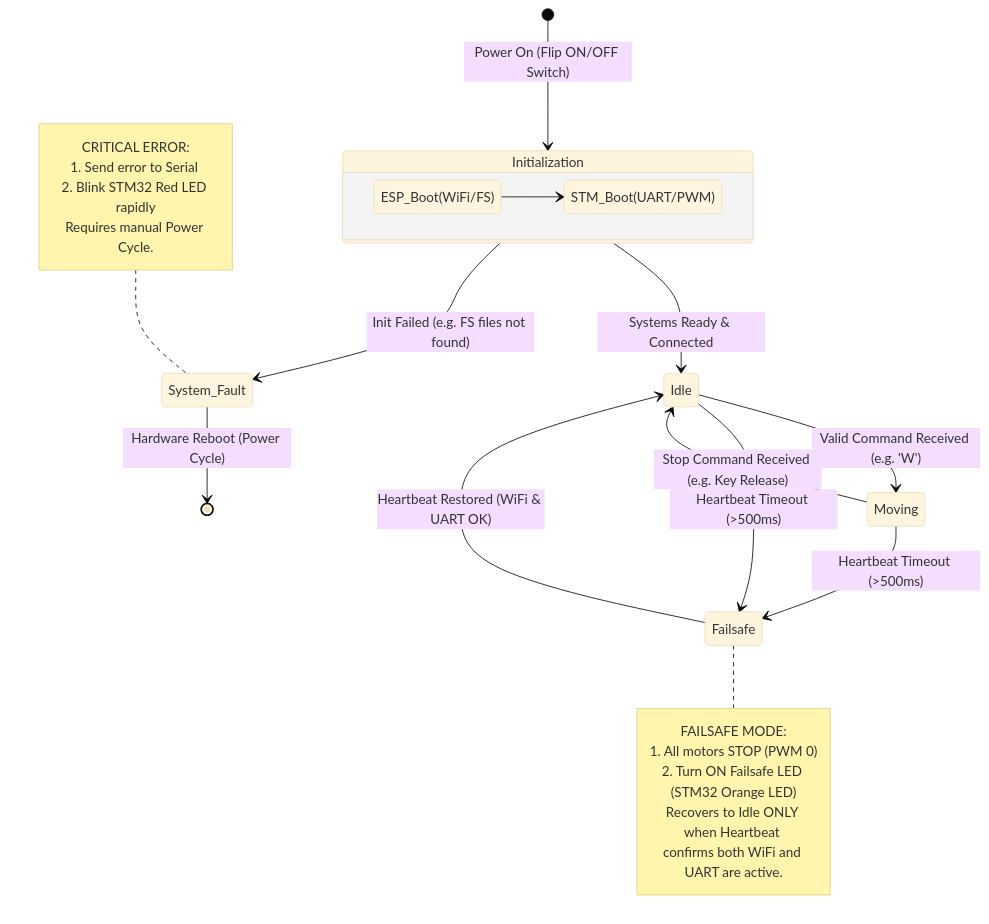
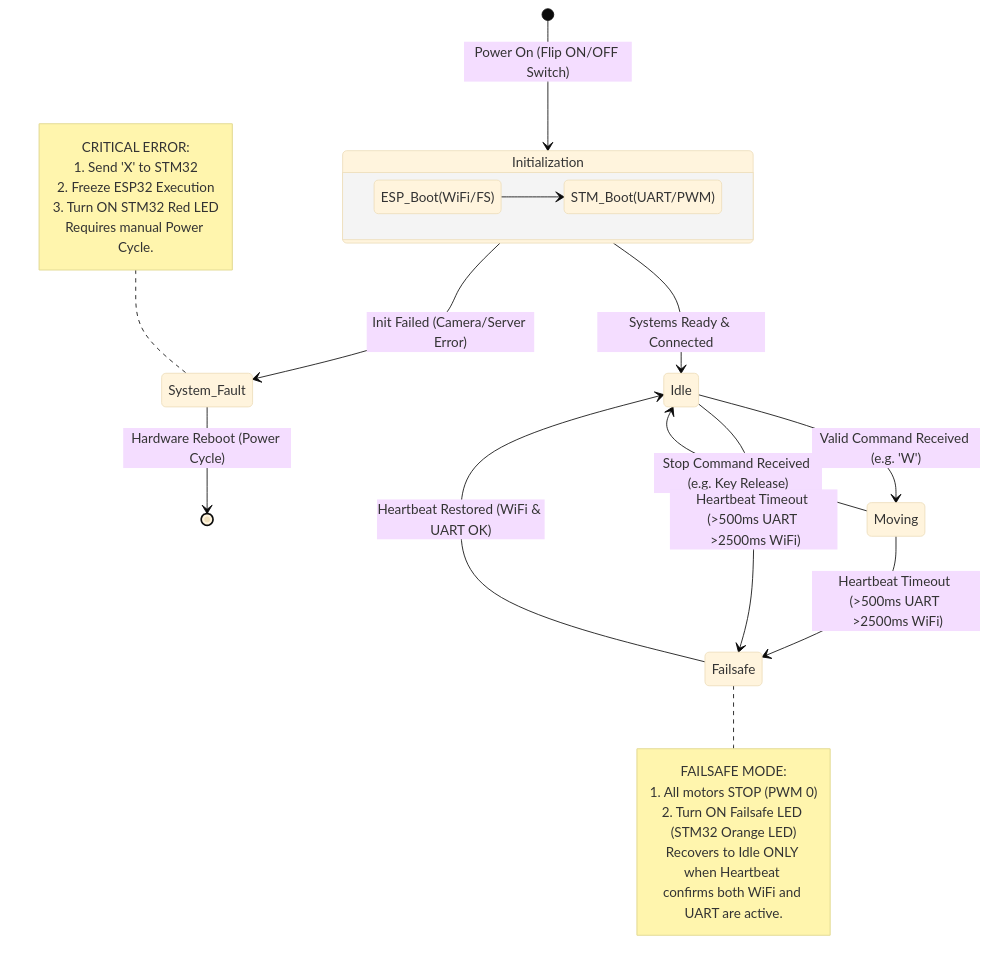
The third of 3 diagrams in README.md (paulantofe/D.A.R.T.), drawn with Mermaid (base theme) before and after one commit.

Commit message:
docs: update fault handling and timeout conditions in README

````diff
--- a/README.md
+++ b/README.md
@@ -140,36 +140,37 @@
 ```mermaid
 stateDiagram-v2
     [*] --> Initialization : Power On (Flip ON/OFF Switch)
     
     state Initialization {
         direction LR
         ESP_Boot(WiFi/FS) --> STM_Boot(UART/PWM)
     }
 
     Initialization --> Idle : Systems Ready & Connected
-    Initialization --> System_Fault : Init Failed (e.g. FS files not found)
+    Initialization --> System_Fault : Init Failed (Camera/Server Error)
 
     Idle --> Moving : Valid Command Received (e.g. 'W')
     Moving --> Idle : Stop Command Received (e.g. Key Release)
 
-    Moving --> Failsafe : Heartbeat Timeout (>500ms)
-    Idle --> Failsafe : Heartbeat Timeout (>500ms)
+    Moving --> Failsafe : Heartbeat Timeout (>500ms UART <br> >2500ms WiFi)
+    Idle --> Failsafe : Heartbeat Timeout (>500ms UART <br> >2500ms WiFi)
 
     Failsafe --> Idle : Heartbeat Restored (WiFi & UART OK)
     System_Fault --> [*] : Hardware Reboot (Power Cycle)
 
     note left of System_Fault
         CRITICAL ERROR:
-        1. Send error to Serial 
-        2. Blink STM32 Red LED rapidly
+        1. Send 'X' to STM32
+        2. Freeze ESP32 Execution
+        3. Turn ON STM32 Red LED
         Requires manual Power Cycle.
     end note
 
     note right of Failsafe
         FAILSAFE MODE:
         1. All motors STOP (PWM 0)
         2. Turn ON Failsafe LED (STM32 Orange LED)
         Recovers to Idle ONLY when Heartbeat 
         confirms both WiFi and UART are active.
     end note
 ```
````
